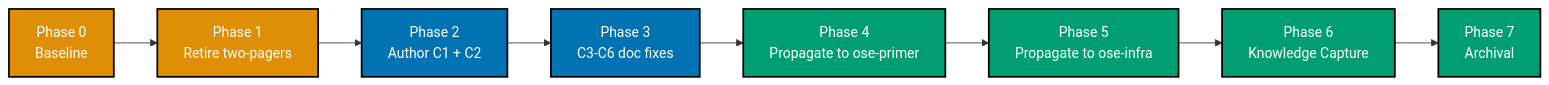
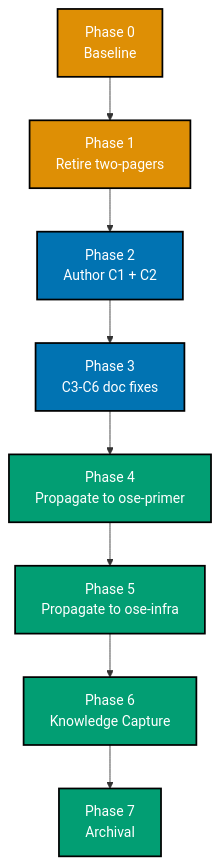
One commit to wahidyankf/baseerah changed the diagram in plans/backlog/bare-repo-governance-hardening/README.md. Above: the diagram before and after it, drawn with Mermaid. The commit also changed 20 other files, not shown here.

First line of the commit message:
fix(docs): remediate mermaid violations surfaced by the detect_kind fix

````diff
--- a/plans/backlog/bare-repo-governance-hardening/README.md
+++ b/plans/backlog/bare-repo-governance-hardening/README.md
@@ -77,18 +77,21 @@
 ```mermaid
-%% Color palette: Blue #0173B2, Orange #DE8F05, Teal #029E73, Purple #CC78BC
-flowchart LR
+%% Color palette: Blue #0173B2, Orange #DE8F05, Teal #029E73
+%% TD required: the phase spine is 8 nodes deep; as LR that depth is the checked
+%% horizontal axis and exceeds MaxWidth=4. TD keeps depth on the unchecked
+%% vertical axis (Diagrams Convention, Flowchart Width Constraints).
+graph TD
     P0["Phase 0<br/>Baseline"] --> P1["Phase 1<br/>Retire two-pagers"]
     P1 --> P2["Phase 2<br/>Author C1 + C2"]
     P2 --> P3["Phase 3<br/>C3-C6 doc fixes"]
     P3 --> P4["Phase 4<br/>Propagate to ose-primer"]
     P4 --> P5["Phase 5<br/>Propagate to ose-infra"]
     P5 --> P6["Phase 6<br/>Knowledge Capture"]
     P6 --> P7["Phase 7<br/>Archival"]
 
     classDef blue fill:#0173B2,stroke:#000000,color:#FFFFFF,stroke-width:2px
     classDef orange fill:#DE8F05,stroke:#000000,color:#FFFFFF,stroke-width:2px
     classDef teal fill:#029E73,stroke:#000000,color:#FFFFFF,stroke-width:2px
     class P0,P1 orange
     class P2,P3 blue
     class P4,P5,P6,P7 teal
 ```
````
